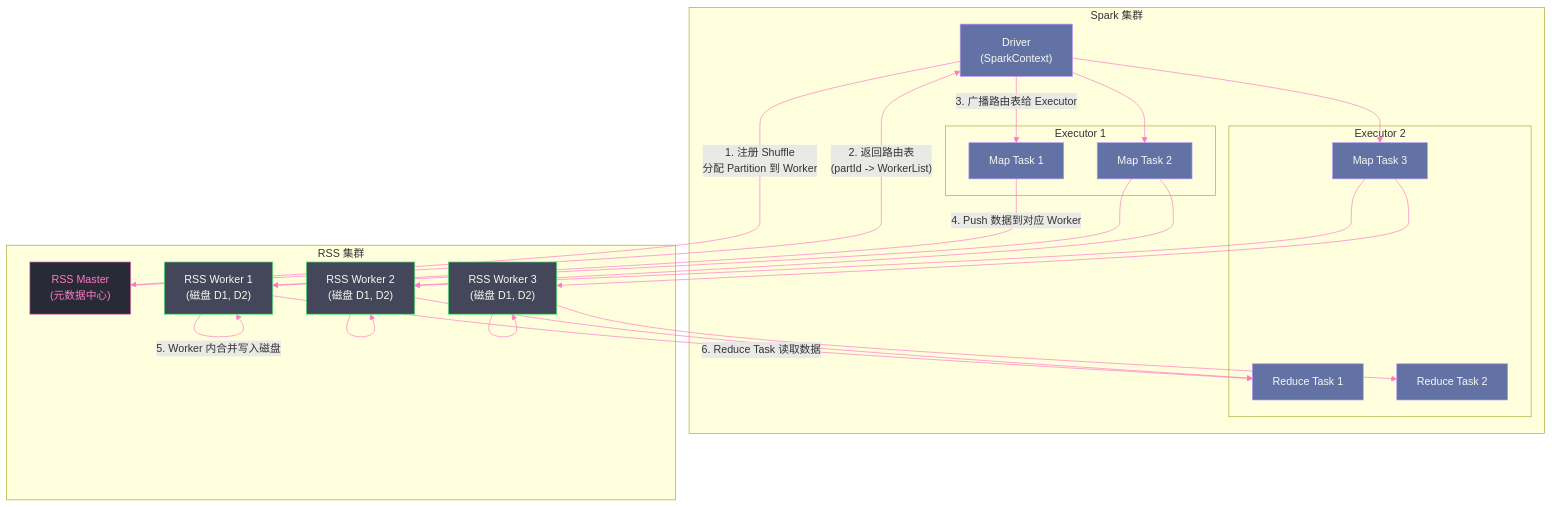
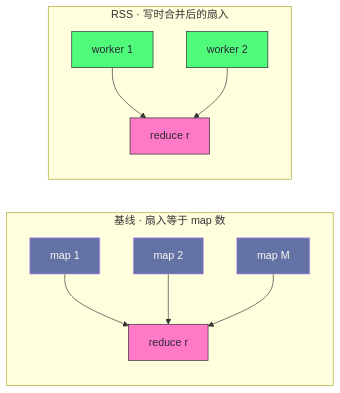
One commit to hpliStartAgain/my-brain changed the fourth of 5 diagrams in content/大数据/Spark/Spark-Shuffle与内存管理机制深度解析/11 Remote Shuffle Service：解耦计算与 Shuffle 存储.md. Above: the diagram before and after it, drawn with Mermaid. The commit also changed other lines of this file and 455 other files, not shown here.

````diff
--- a/content/大数据/Spark/Spark-Shuffle与内存管理机制深度解析/11 Remote Shuffle Service：解耦计算与 Shuffle 存储.md
+++ b/content/大数据/Spark/Spark-Shuffle与内存管理机制深度解析/11 Remote Shuffle Service：解耦计算与 Shuffle 存储.md
@@ -81,51 +279,19 @@
 ```mermaid
-%%{init: {"theme": "dracula", "themeVariables": {"primaryColor": "#6272a4", "primaryTextColor": "#f8f8f2", "primaryBorderColor": "#bd93f9", "lineColor": "#ff79c6", "secondaryColor": "#44475a", "tertiaryColor": "#282a36"}}}%%
-graph TD
-    subgraph "Spark 集群"
-        D["Driver</br>(SparkContext)"]
-        subgraph "Executor 1"
-            M1["Map Task 1"]
-            M2["Map Task 2"]
-        end
-        subgraph "Executor 2"
-            M3["Map Task 3"]
-            R1["Reduce Task 1"]
-            R2["Reduce Task 2"]
-        end
+%%{init: {'theme': 'dracula'}}%%
+flowchart LR
+    subgraph BASE["基线 · 扇入等于 map 数"]
+        M1["map 1"] --> R1["reduce r"]
+        M2["map 2"] --> R1
+        M3["map M"] --> R1
     end
-
-    subgraph "RSS 集群"
-        MC["RSS Master</br>(元数据中心)"]
-        W1["RSS Worker 1</br>(磁盘 D1, D2)"]
-        W2["RSS Worker 2</br>(磁盘 D1, D2)"]
-        W3["RSS Worker 3</br>(磁盘 D1, D2)"]
+    subgraph MERGE["RSS · 写时合并后的扇入"]
+        W1["worker 1"] --> R2["reduce r"]
+        W2["worker 2"] --> R2
     end
-
-    D -- "1. 注册 Shuffle</br>分配 Partition 到 Worker" --> MC
-    MC -- "2. 返回路由表</br>(partId -> WorkerList)" --> D
-    D -- "3. 广播路由表给 Executor" --> M1
-    D --> M2
-    D --> M3
-
-    M1 -- "4. Push 数据到对应 Worker" --> W1
-    M2 --> W1
-    M2 --> W2
-    M3 --> W2
-    M3 --> W3
-
-    W1 -- "5. Worker 内合并写入磁盘" --> W1
-    W2 --> W2
-    W3 --> W3
-
-    W1 -- "6. Reduce Task 读取数据" --> R1
-    W2 --> R1
-    W3 --> R2
-
-    classDef spark fill:#6272a4,stroke:#bd93f9,color:#f8f8f2
-    classDef rss fill:#44475a,stroke:#50fa7b,color:#f8f8f2
-    classDef master fill:#282a36,stroke:#ff79c6,color:#ff79c6
-
-    class D,M1,M2,M3,R1,R2 spark
-    class W1,W2,W3 rss
-    class MC master
+    classDef m fill:#6272a4,stroke:#bd93f9,color:#f8f8f2
+    classDef w fill:#50fa7b,stroke:#282a36,color:#282a36
+    classDef r fill:#ff79c6,stroke:#282a36,color:#282a36
+    class M1,M2,M3 m
+    class W1,W2 w
+    class R1,R2 r
 ```
````
